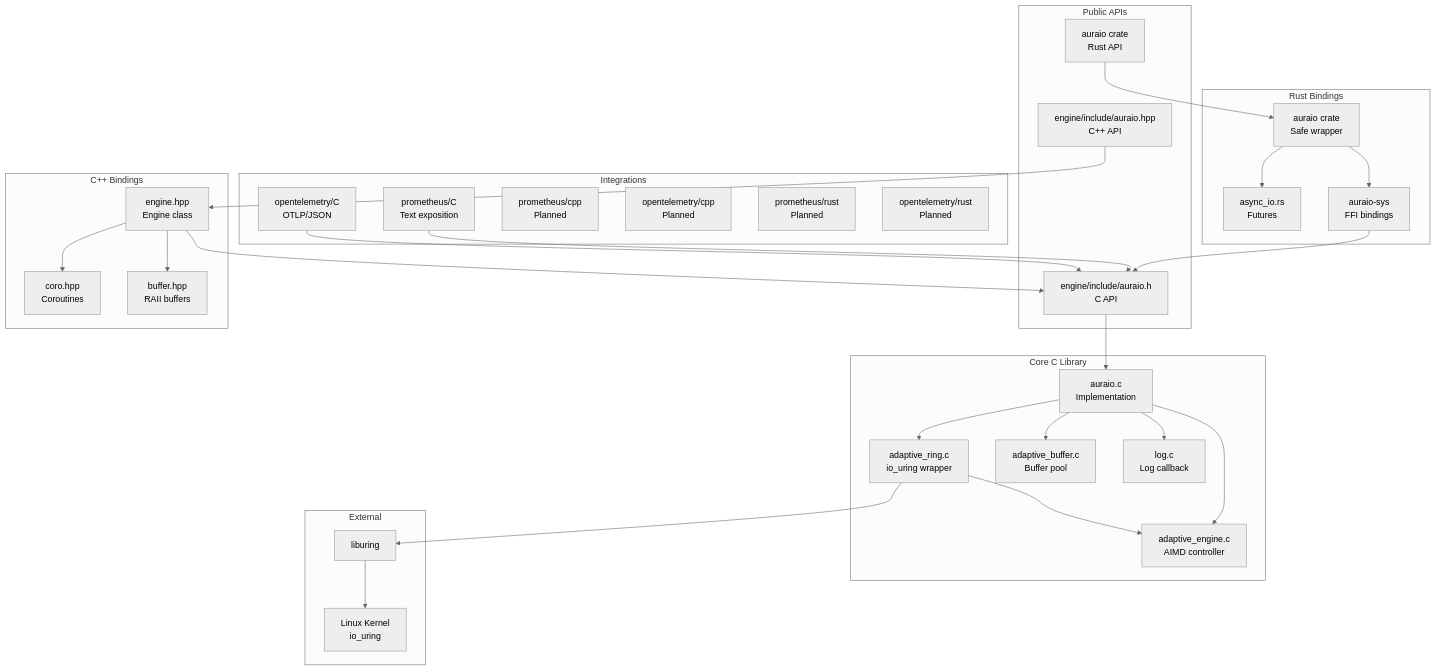
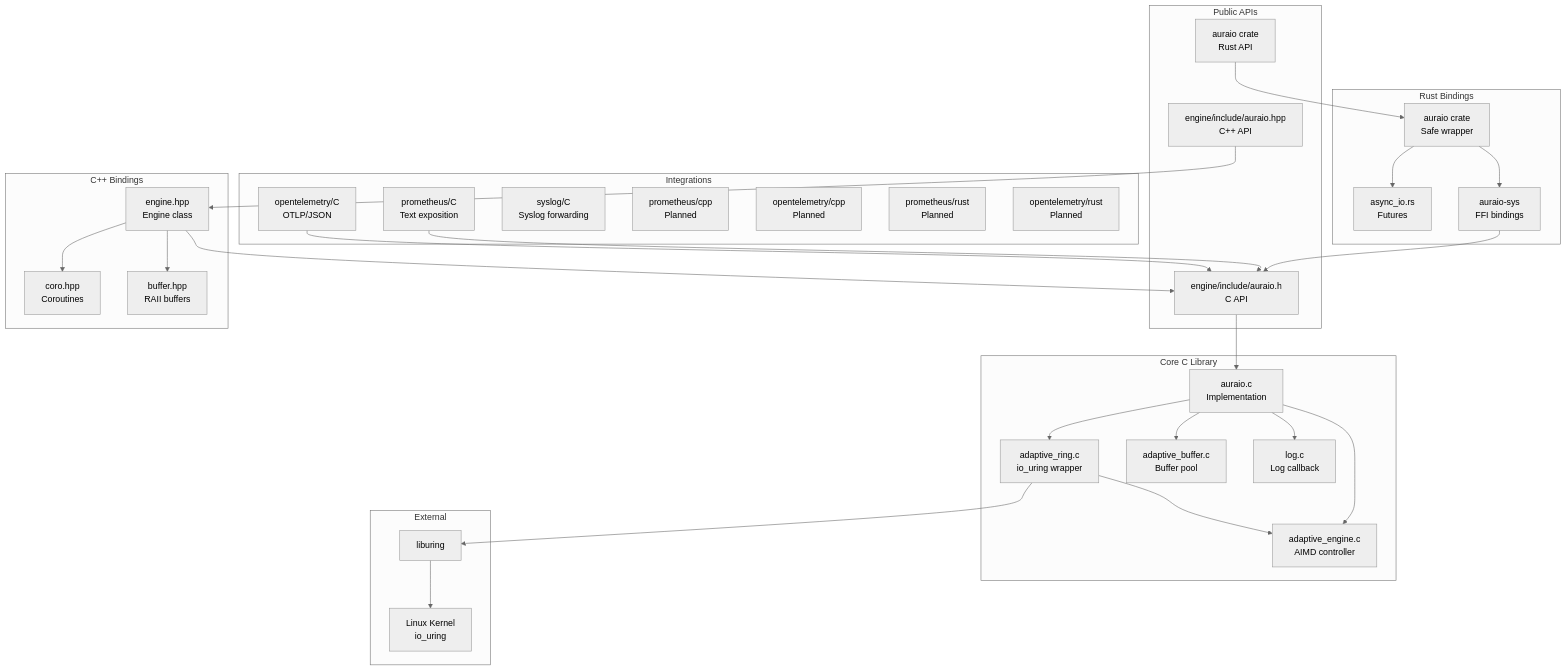
The first of 5 diagrams in docs/CODEBASE_MAP.md (Par-B/AuraIO), drawn with Mermaid (neutral theme) before and after one commit. The commit also changed other lines of this file and 156 other files, not shown here.

````diff
--- a/docs/CODEBASE_MAP.md
+++ b/docs/CODEBASE_MAP.md
@@ -15,61 +15,62 @@
 ```mermaid
 graph TB
     subgraph "Public APIs"
         CAPI[engine/include/auraio.h<br/>C API]
         CPPAPI[engine/include/auraio.hpp<br/>C++ API]
         RustAPI[auraio crate<br/>Rust API]
     end
 
     subgraph "C++ Bindings"
         Engine[engine.hpp<br/>Engine class]
         Coro[coro.hpp<br/>Coroutines]
         CppBuf[buffer.hpp<br/>RAII buffers]
     end
 
     subgraph "Rust Bindings"
         RustSafe[auraio crate<br/>Safe wrapper]
         RustAsync[async_io.rs<br/>Futures]
         RustSys[auraio-sys<br/>FFI bindings]
     end
 
     subgraph "Integrations"
         Prom[prometheus/C<br/>Text exposition]
         OTel[opentelemetry/C<br/>OTLP/JSON]
+        Syslog[syslog/C<br/>Syslog forwarding]
         PromCpp[prometheus/cpp<br/>Planned]
         OTelCpp[opentelemetry/cpp<br/>Planned]
         PromRust[prometheus/rust<br/>Planned]
         OTelRust[opentelemetry/rust<br/>Planned]
     end
 
     subgraph "Core C Library"
         Impl[auraio.c<br/>Implementation]
         Ring[adaptive_ring.c<br/>io_uring wrapper]
         Adaptive[adaptive_engine.c<br/>AIMD controller]
         BufPool[adaptive_buffer.c<br/>Buffer pool]
         Log[log.c<br/>Log callback]
     end
 
     subgraph "External"
         liburing[liburing]
         Kernel[Linux Kernel<br/>io_uring]
     end
 
     CPPAPI --> Engine
     Engine --> Coro
     Engine --> CppBuf
     Engine --> CAPI
     RustAPI --> RustSafe
     RustSafe --> RustAsync
     RustSafe --> RustSys
     RustSys --> CAPI
     Prom --> CAPI
     OTel --> CAPI
     CAPI --> Impl
     Impl --> Ring
     Impl --> Adaptive
     Impl --> BufPool
     Impl --> Log
     Ring --> Adaptive
     Ring --> liburing
     liburing --> Kernel
 ```
````
